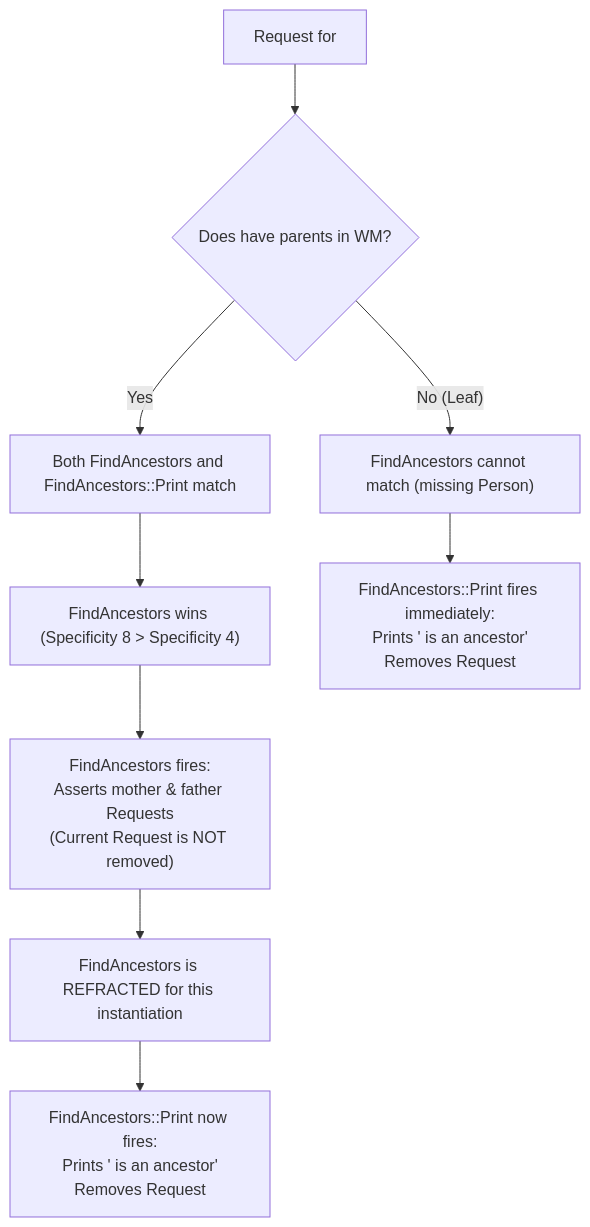
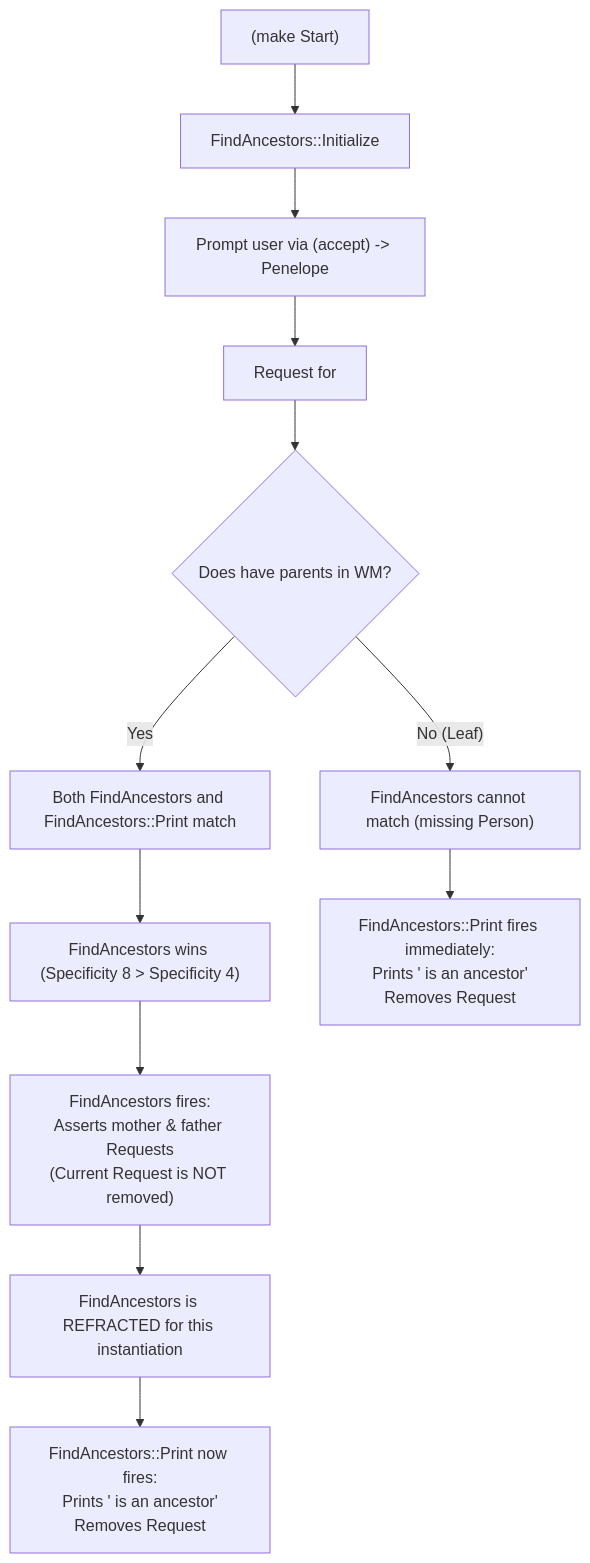
Before and after one commit to graemenewlands/ops5: the second of 2 diagrams in docs/tutorial_2_4_3_ancestors.md, drawn with Mermaid. The commit also changed other lines of this file and 3 other files, not shown here.

Commit message:
Include FindAncestors::Initialize in 2_4_3_b.ops5 and update tests and docs

````diff
--- a/docs/tutorial_2_4_3_ancestors.md
+++ b/docs/tutorial_2_4_3_ancestors.md
@@ -109,11 +119,14 @@
 ```mermaid
 flowchart TD
-    Req["Request for <name>"] --> Match{"Does <name> have parents in WM?"}
+    Init["(make Start)"] --> RInit["FindAncestors::Initialize"]
+    RInit --> Accept["Prompt user via (accept) -> Penelope"]
+    Accept --> Req["Request for <name>"]
+    Req --> Match{"Does <name> have parents in WM?"}
     Match -- Yes --> Compete["Both FindAncestors and FindAncestors::Print match"]
     Compete --> Spec["FindAncestors wins (Specificity 8 > Specificity 4)"]
     Spec --> Gen["FindAncestors fires:\nAsserts mother & father Requests\n(Current Request is NOT removed)"]
     Gen --> Refract["FindAncestors is REFRACTED for this instantiation"]
     Refract --> PrintChild["FindAncestors::Print now fires:\nPrints '<name> is an ancestor'\nRemoves Request"]
     Match -- No (Leaf) --> SoloPrint["FindAncestors cannot match (missing Person)"]
     SoloPrint --> PrintLeaf["FindAncestors::Print fires immediately:\nPrints '<name> is an ancestor'\nRemoves Request"]
 ```
````
